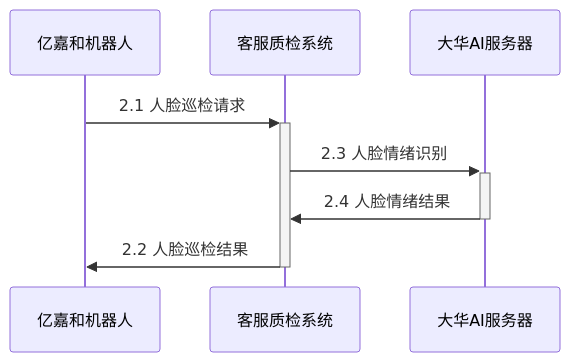
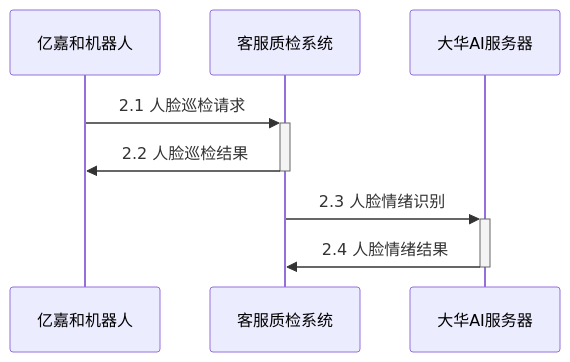
One commit to peace0phmind/peace0phmind.github.io changed the second of 2 diagrams in content/posts/202211/face-inspection.md. Above: the diagram before and after it, drawn with Mermaid. The commit also changed other lines of this file and 2 other files, not shown here.

````diff
--- a/content/posts/202211/face-inspection.md
+++ b/content/posts/202211/face-inspection.md
@@ -38,10 +38,10 @@
 ```mermaid
 sequenceDiagram
   participant 亿嘉和机器人
   participant 客服质检系统
   participant 大华AI服务器
   亿嘉和机器人->>+客服质检系统: 2.1 人脸巡检请求
+  客服质检系统->>-亿嘉和机器人: 2.2 人脸巡检结果
   客服质检系统->>+大华AI服务器: 2.3 人脸情绪识别
   大华AI服务器->>-客服质检系统: 2.4 人脸情绪结果
-  客服质检系统->>-亿嘉和机器人: 2.2 人脸巡检结果
 ```
````
